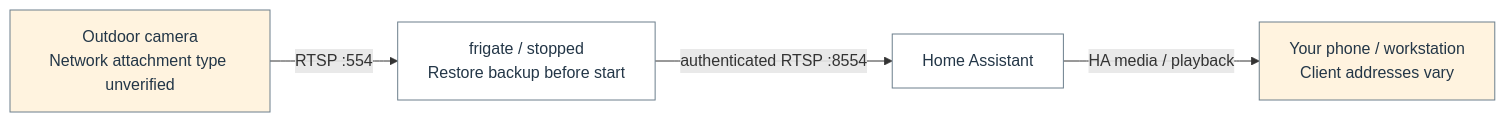
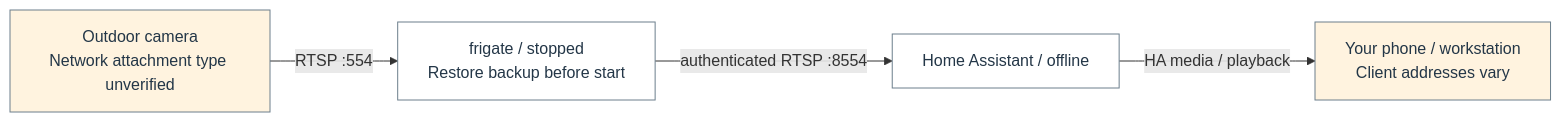
Before and after one commit to Harsh-2002/Homelab: the ninth of 22 diagrams in docs/architecture/homelab-mermaid.md, drawn with Mermaid. The commit also changed other lines of this file and 38 other files, not shown here.

````diff
--- a/docs/architecture/homelab-mermaid.md
+++ b/docs/architecture/homelab-mermaid.md
@@ -409,14 +409,14 @@
 ```mermaid
 flowchart LR
   n_flow_10_0["Outdoor camera<br/>Network attachment type unverified"]
   n_flow_10_1["frigate / stopped<br/>Restore backup before start"]
-  n_flow_10_2["Home Assistant"]
+  n_flow_10_2["Home Assistant / offline"]
   n_flow_10_3["Your phone / workstation<br/>Client addresses vary"]
   n_flow_10_0 -->|"RTSP :554"| n_flow_10_1
   n_flow_10_1 -->|"authenticated RTSP :8554"| n_flow_10_2
   n_flow_10_2 -->|"HA media / playback"| n_flow_10_3
   classDef c_flow_10_0 fill:#fff3df,stroke:#6c7f8c,color:#233647;
   class n_flow_10_0,n_flow_10_3 c_flow_10_0;
   classDef c_flow_10_1 fill:#ffffff,stroke:#6c7f8c,color:#233647;
   class n_flow_10_1,n_flow_10_2 c_flow_10_1;
 ```
````
